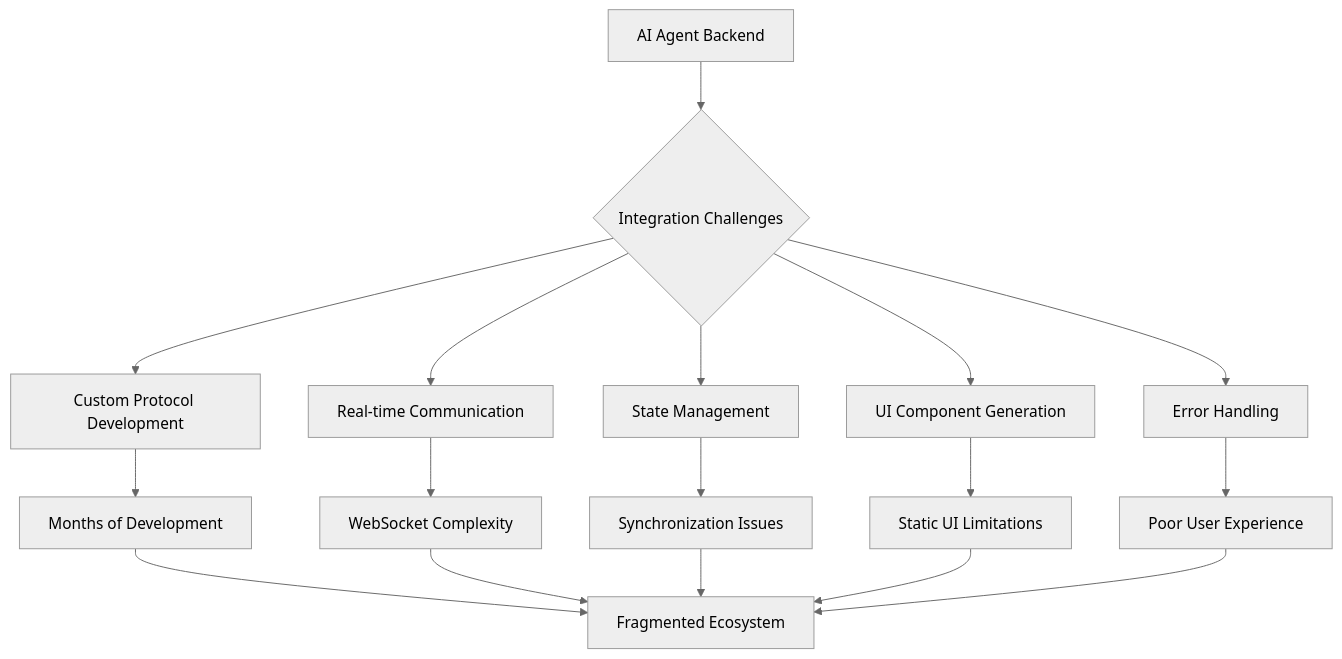
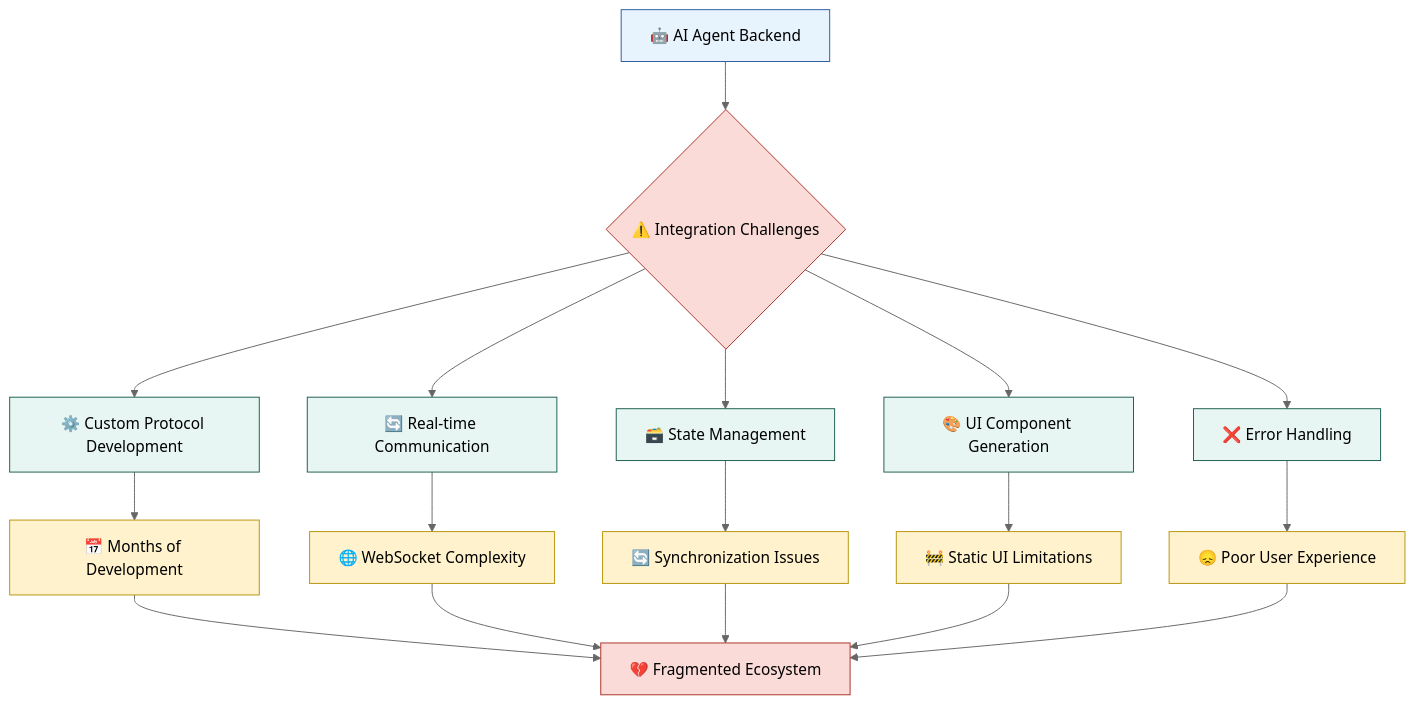
One commit to raphaelmansuy/tutorials changed the first of 9 diagrams in 33_ag_ui.md. Above: the diagram before and after it, drawn with Mermaid (neutral theme). The commit also changed other lines of this file, not shown here.

Commit message:
Enhance AG-UI tutorial with improved Mermaid diagrams, adding icons and styles for better visualization and clarity in integration challenges and protocol comparisons.

````diff
--- a/33_ag_ui.md
+++ b/33_ag_ui.md
@@ -105,22 +105,36 @@
 ```mermaid
 flowchart TB
-    A[AI Agent Backend] --> B{Integration Challenges}
+    A[🤖 AI Agent Backend] --> B{⚠️ Integration Challenges}
     
-    B --> C[Custom Protocol Development]
-    B --> D[Real-time Communication]
-    B --> E[State Management]
-    B --> F[UI Component Generation]
-    B --> G[Error Handling]
+    B --> C[⚙️ Custom Protocol Development]
+    B --> D[🔄 Real-time Communication]
+    B --> E[🗃️ State Management]
+    B --> F[🎨 UI Component Generation]
+    B --> G[❌ Error Handling]
     
-    C --> C1[Months of Development]
-    D --> D1[WebSocket Complexity]
-    E --> E1[Synchronization Issues]
-    F --> F1[Static UI Limitations]
-    G --> G1[Poor User Experience]
+    C --> C1[📅 Months of Development]
+    D --> D1[🌐 WebSocket Complexity]
+    E --> E1[🔄 Synchronization Issues]
+    F --> F1[🚧 Static UI Limitations]
+    G --> G1[😞 Poor User Experience]
     
-    C1 --> H[Fragmented Ecosystem]
+    C1 --> H[💔 Fragmented Ecosystem]
     D1 --> H
     E1 --> H
     F1 --> H
     G1 --> H
+
+    style A fill:#E8F4FD,stroke:#2C5AA0
+    style B fill:#FADBD8,stroke:#A93226
+    style C fill:#E8F6F3,stroke:#1B5E4F
+    style D fill:#E8F6F3,stroke:#1B5E4F
+    style E fill:#E8F6F3,stroke:#1B5E4F
+    style F fill:#E8F6F3,stroke:#1B5E4F
+    style G fill:#E8F6F3,stroke:#1B5E4F
+    style C1 fill:#FFF2CC,stroke:#B7950B
+    style D1 fill:#FFF2CC,stroke:#B7950B
+    style E1 fill:#FFF2CC,stroke:#B7950B
+    style F1 fill:#FFF2CC,stroke:#B7950B
+    style G1 fill:#FFF2CC,stroke:#B7950B
+    style H fill:#FADBD8,stroke:#A93226
 ```
````
